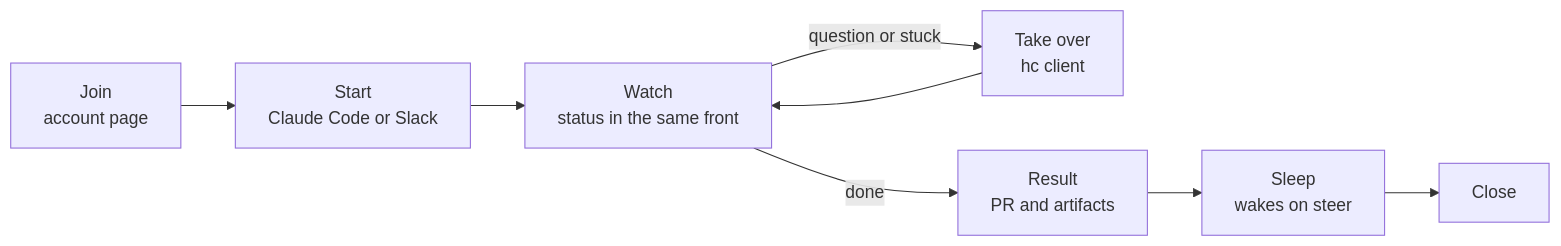
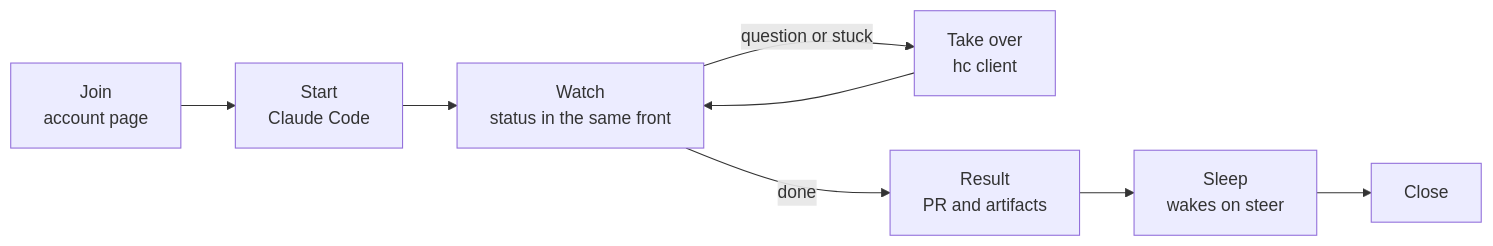
One commit to IniZio/moor changed the diagram in docs/specs/end-user-experience.md. Above: the diagram before and after it, drawn with Mermaid. The commit also changed other lines of this file and 21 other files, not shown here.

````diff
--- a/docs/specs/end-user-experience.md
+++ b/docs/specs/end-user-experience.md
@@ -27,10 +25,10 @@
 ```mermaid
 flowchart LR
-	J[Join<br/>account page] --> S[Start<br/>Claude Code or Slack]
+	J[Join<br/>account page] --> S[Start<br/>Claude Code]
 	S --> W[Watch<br/>status in the same front]
 	W -->|question or stuck| T[Take over<br/>hc client]
 	W -->|done| R[Result<br/>PR and artifacts]
 	T --> W
 	R --> Z[Sleep<br/>wakes on steer]
 	Z --> C[Close]
 ```
````
